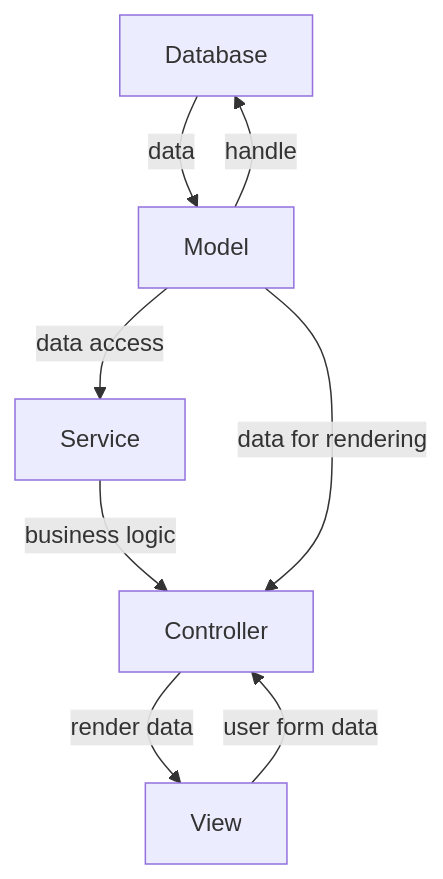
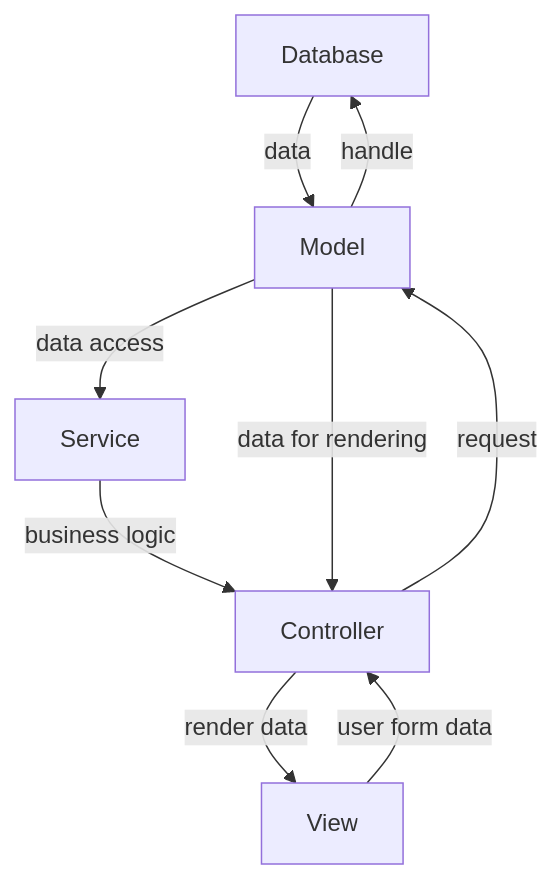
One commit to TheoDrHashiriya/daily-time-record changed the second of 2 diagrams in README.md. Above: the diagram before and after it, drawn with Mermaid.

Commit message:
another edit to MVCS Flow

````diff
--- a/README.md
+++ b/README.md
@@ -71,14 +71,15 @@
 ```mermaid
 ---
 config:
   layout: dagre
 ---
 flowchart TB
     db["Database"] -- data --> mod["Model"]
     serv["Service"] -- business logic --> con["Controller"]
     mod -- data access --> serv
     mod -- data for rendering --> con
     view["View"] -- user form data --> con
     con -- render data --> view
     mod -- handle --> db
+    con -- request --> mod
 ```
````
